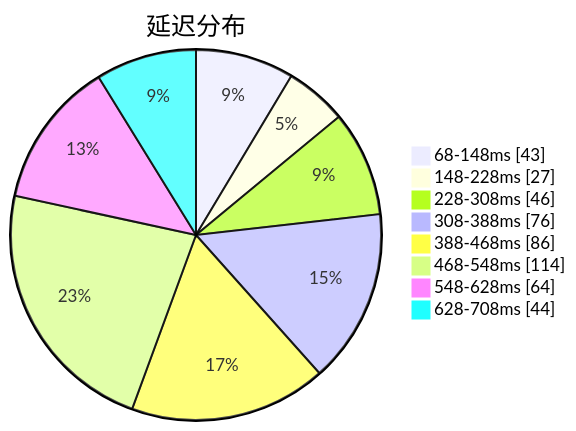
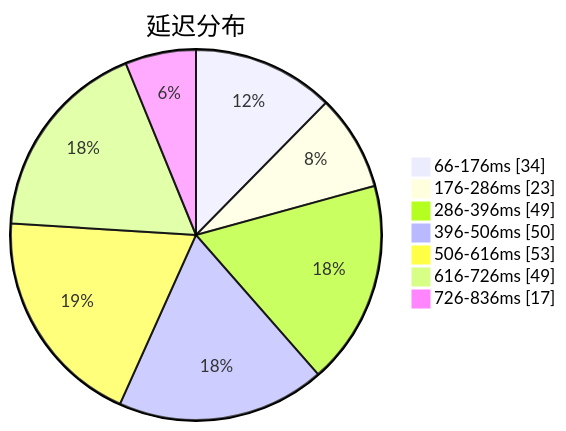
The first of 3 diagrams in subs/statistics/tested_within.md (sinspired/airport), drawn with Mermaid before and after one commit. The commit also changed other lines of this file and 2 other files, not shown here.

````diff
--- a/subs/statistics/tested_within.md
+++ b/subs/statistics/tested_within.md
@@ -2,12 +2,11 @@
 ```mermaid
 pie showData
 title 延迟分布
-"68-148ms" : 43
-"148-228ms" : 27
-"228-308ms" : 46
-"308-388ms" : 76
-"388-468ms" : 86
-"468-548ms" : 114
-"548-628ms" : 64
-"628-708ms" : 44
+"66-176ms" : 34
+"176-286ms" : 23
+"286-396ms" : 49
+"396-506ms" : 50
+"506-616ms" : 53
+"616-726ms" : 49
+"726-836ms" : 17
 ```
````
